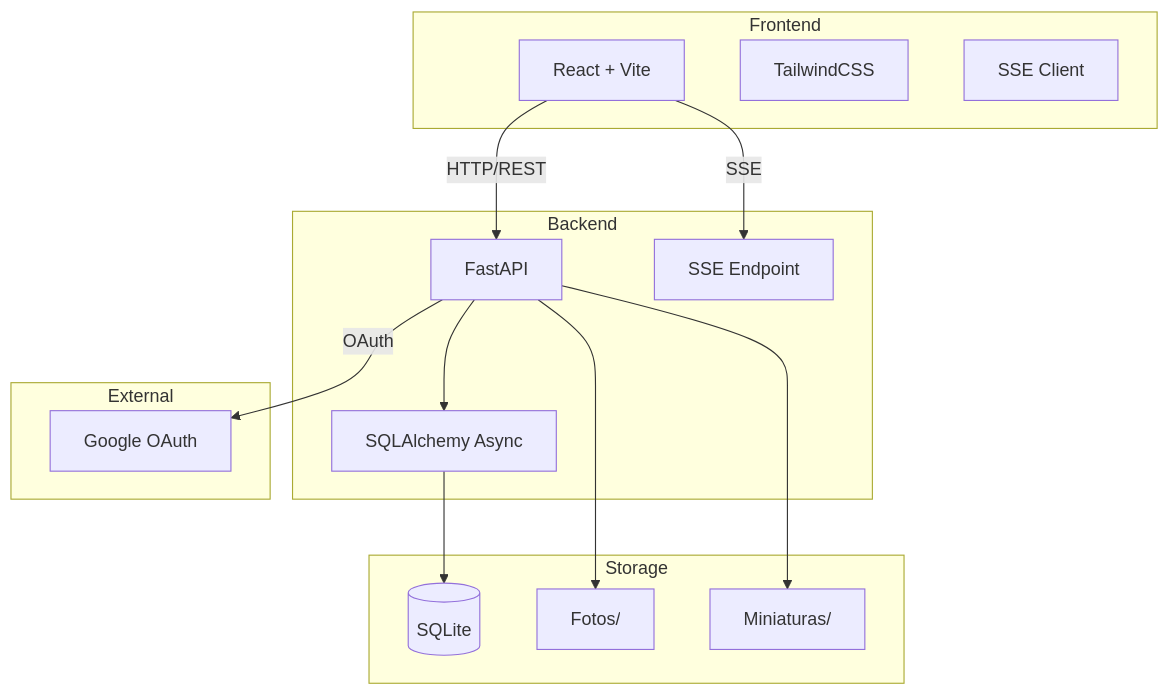
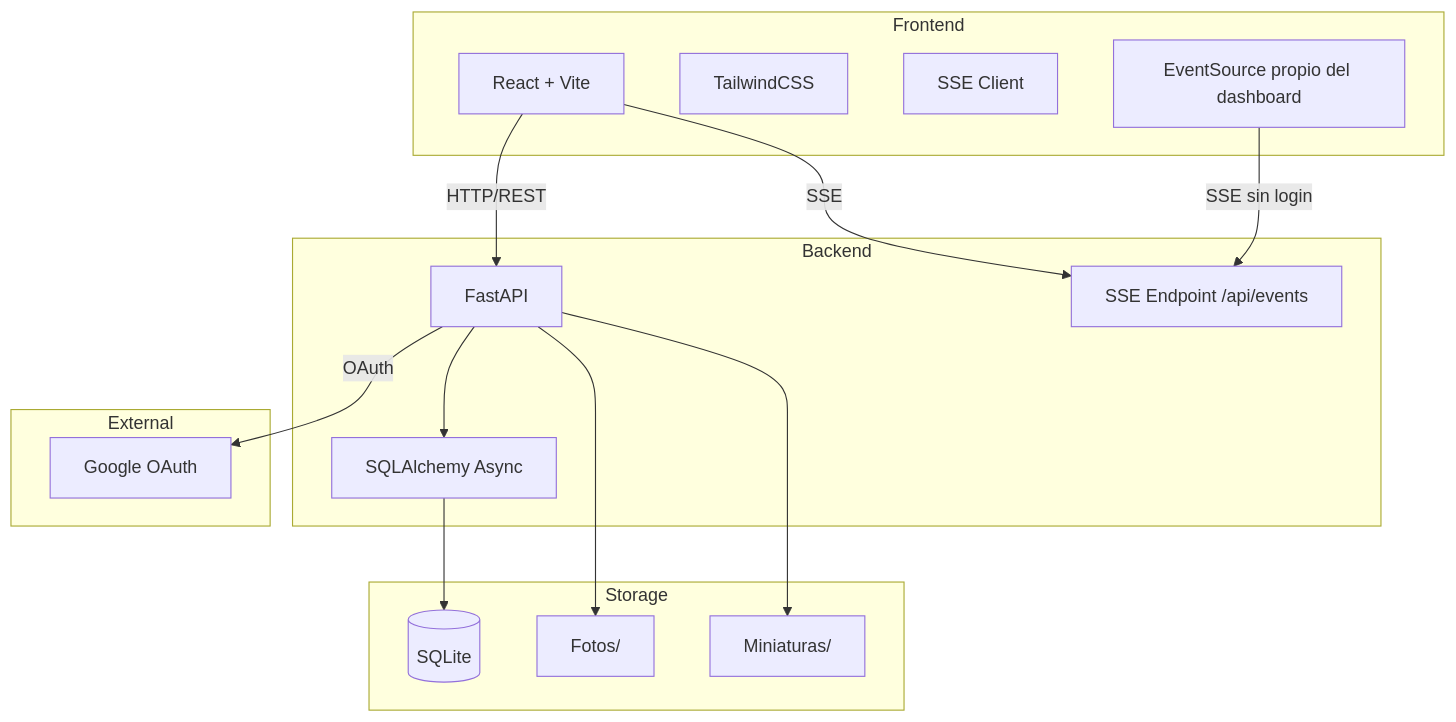
Before and after one commit to juniornff/wedding-photo-manager: the first of 12 diagrams in README.md, drawn with Mermaid. The commit also changed other lines of this file and 3 other files, not shown here.

````diff
--- a/README.md
+++ b/README.md
@@ -25,32 +25,34 @@
 ```mermaid
 graph TB
     subgraph Frontend
         REACT[React + Vite]
         TAILWIND[TailwindCSS]
         SSE[SSE Client]
+        EVENT_SRC[EventSource propio del dashboard]
     end
 
     subgraph Backend
         FASTAPI[FastAPI]
         SQLA[SQLAlchemy Async]
-        SSE_SRV[SSE Endpoint]
+        SSE_SRV[SSE Endpoint /api/events]
     end
 
     subgraph Storage
         DB[(SQLite)]
         FS_SRC[Fotos/]
         FS_THUMB[Miniaturas/]
     end
 
     subgraph External
         GOOGLE[Google OAuth]
     end
 
     REACT -->|HTTP/REST| FASTAPI
     REACT -->|SSE| SSE_SRV
+    EVENT_SRC -->|SSE sin login| SSE_SRV
     FASTAPI --> SQLA
     SQLA --> DB
     FASTAPI --> FS_SRC
     FASTAPI --> FS_THUMB
     FASTAPI -->|OAuth| GOOGLE
 ```
````
